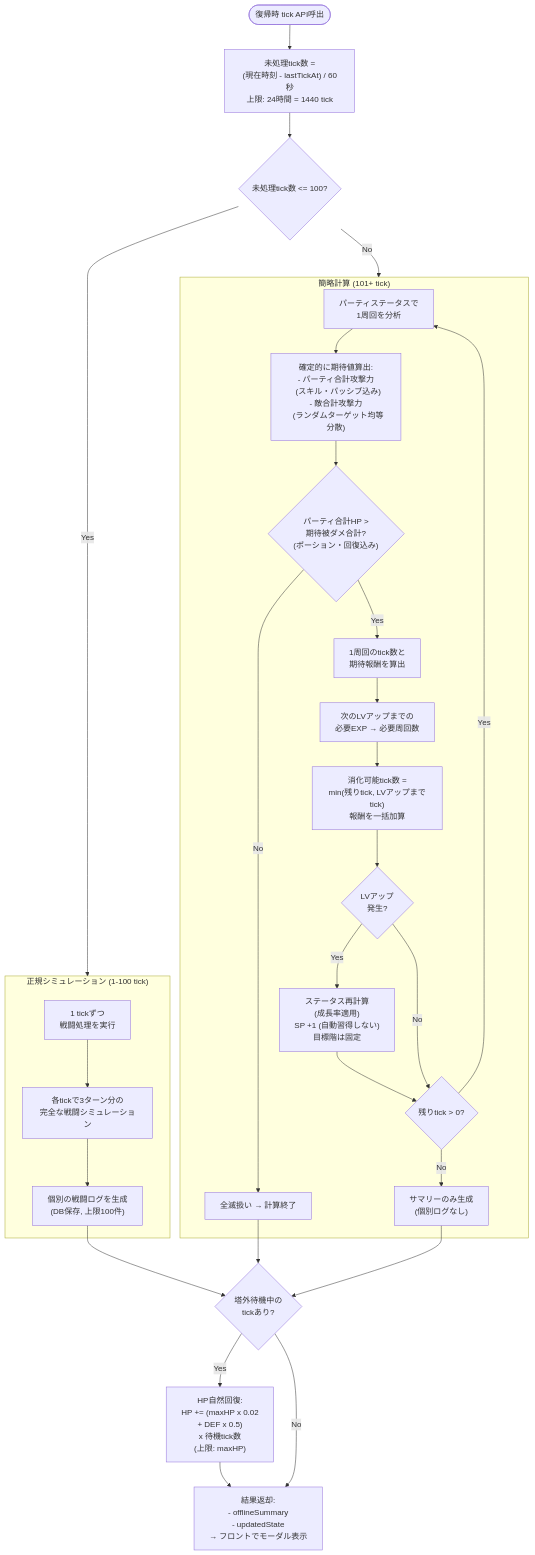
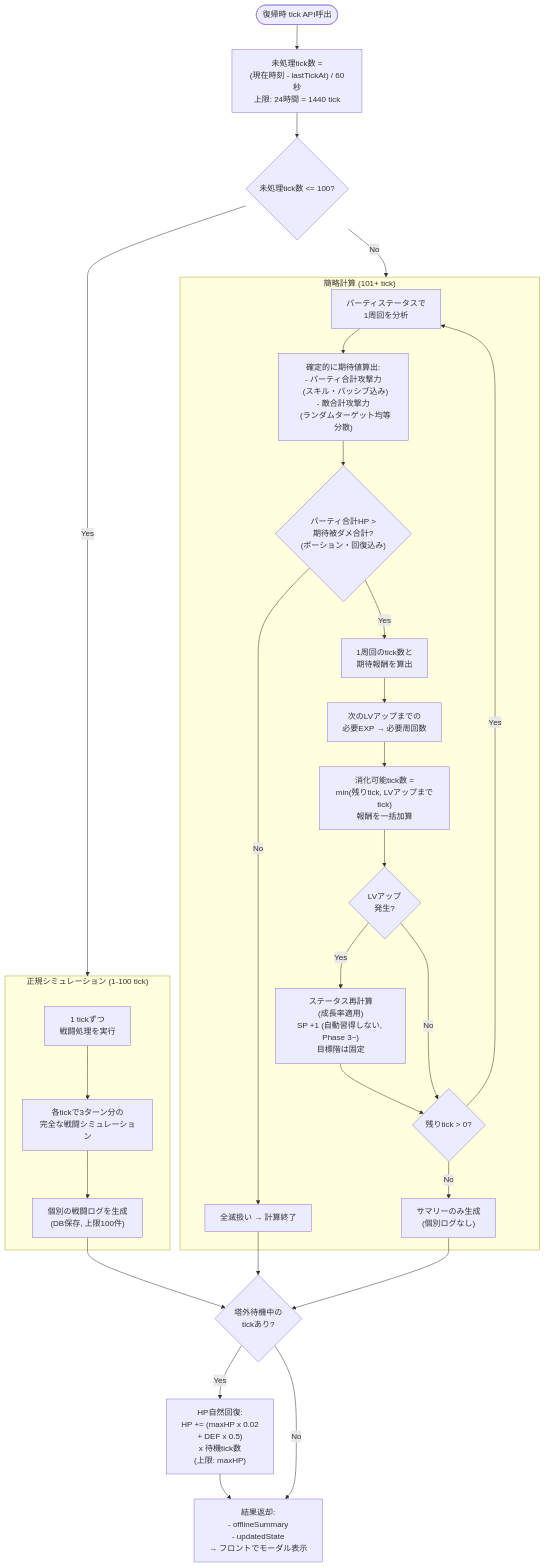
The fourth of 5 diagrams in diagrams/battle_flow.md (dateeee/2026_AFKGAME), drawn with Mermaid before and after one commit. The commit also changed other lines of this file and 34 other files, not shown here.

First line of the commit message:
docs+fix: 工程定義に基づく要件〜詳細設計の見直し — 全仕様書・設計図レビューと指摘修正

````diff
--- a/diagrams/battle_flow.md
+++ b/diagrams/battle_flow.md
@@ -250,42 +250,42 @@
 ```mermaid
 %%{init: {'theme': 'default', 'themeVariables': {'fontSize': '16px'}} }%%
 flowchart TD
     Start([復帰時 tick API呼出]) --> CalcPending["未処理tick数 =\n(現在時刻 - lastTickAt) / 60秒\n上限: 24時間 = 1440 tick"]
 
     CalcPending --> ThresholdCheck{"未処理tick数 <= 100?"}
 
     ThresholdCheck -->|Yes| NormalCalc
     ThresholdCheck -->|No| FastCalc
 
     subgraph NormalCalc["正規シミュレーション (1-100 tick)"]
         NormalStart["1 tickずつ\n戦闘処理を実行"]
         NormalStart --> NormalLoop["各tickで3ターン分の\n完全な戦闘シミュレーション"]
         NormalLoop --> NormalLog["個別の戦闘ログを生成\n(DB保存, 上限100件)"]
     end
 
     subgraph FastCalc["簡略計算 (101+ tick)"]
         FastStart["パーティステータスで\n1周回を分析"]
         FastStart --> ExpectedDmg["確定的に期待値算出:\n- パーティ合計攻撃力\n  (スキル・パッシブ込み)\n- 敵合計攻撃力\n  (ランダムターゲット均等分散)"]
         ExpectedDmg --> WipeJudge{"パーティ合計HP >\n期待被ダメ合計?\n(ポーション・回復込み)"}
         WipeJudge -->|No| FastWipe["全滅扱い → 計算終了"]
         WipeJudge -->|Yes| CalcCycle["1周回のtick数と\n期待報酬を算出"]
         CalcCycle --> CalcLvUp["次のLVアップまでの\n必要EXP → 必要周回数"]
         CalcLvUp --> BulkAdd["消化可能tick数 =\nmin(残りtick, LVアップまでtick)\n報酬を一括加算"]
         BulkAdd --> LvUpCheck{"LVアップ\n発生?"}
-        LvUpCheck -->|Yes| Recalc["ステータス再計算\n(成長率適用)\nSP +1 (自動習得しない)\n目標階は固定"]
+        LvUpCheck -->|Yes| Recalc["ステータス再計算\n(成長率適用)\nSP +1 (自動習得しない, Phase 3~)\n目標階は固定"]
         LvUpCheck -->|No| MoreTicks{"残りtick > 0?"}
         Recalc --> MoreTicks
         MoreTicks -->|Yes| FastStart
         MoreTicks -->|No| FastEnd["サマリーのみ生成\n(個別ログなし)"]
     end
 
     NormalLog --> TowerIdle
     FastEnd --> TowerIdle
     FastWipe --> TowerIdle
 
     TowerIdle{"塔外待機中の\ntickあり?"}
     TowerIdle -->|Yes| NaturalHeal["HP自然回復:\nHP += (maxHP x 0.02\n+ DEF x 0.5)\nx 待機tick数\n(上限: maxHP)"]
     TowerIdle -->|No| Result
 
     NaturalHeal --> Result["結果返却:\n- offlineSummary\n- updatedState\n→ フロントでモーダル表示"]
 ```
````
